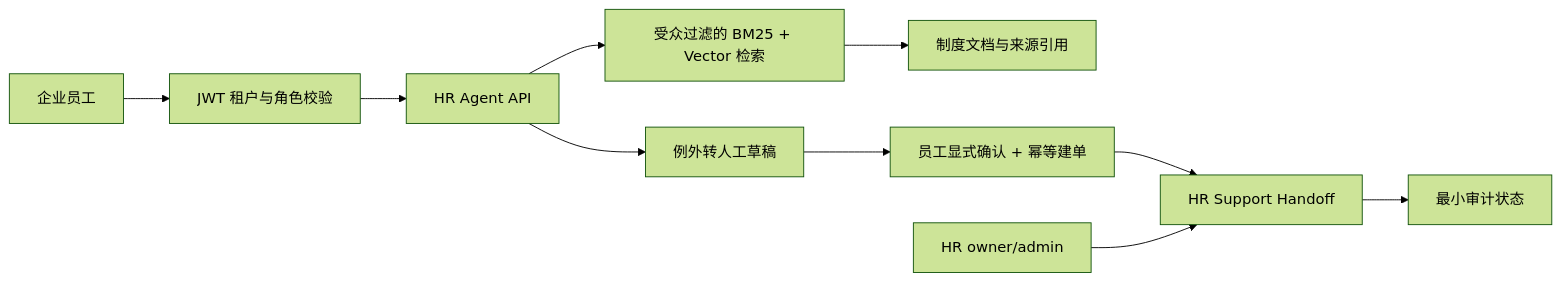
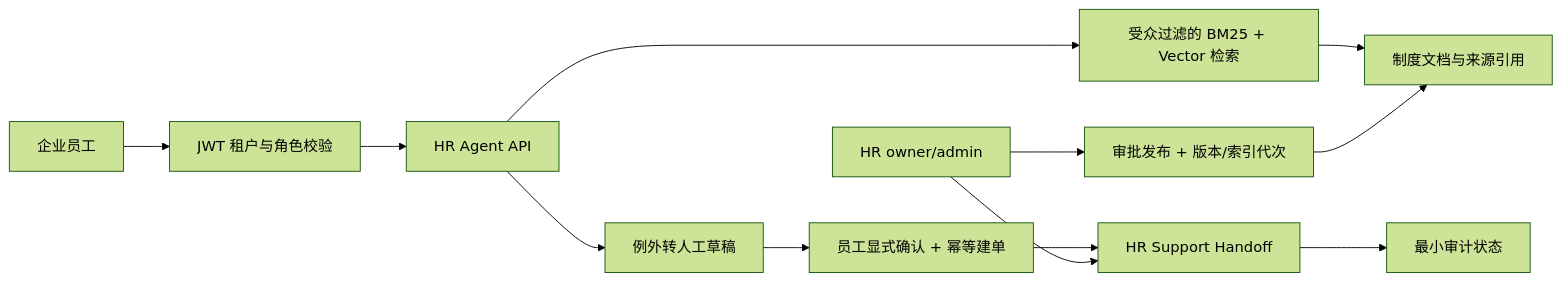
Before and after one commit to daydreamer0213/Smart-CS: the diagram in README.md, drawn with Mermaid (forest theme). The commit also changed other lines of this file and 6 other files, not shown here.

````diff
--- a/README.md
+++ b/README.md
@@ -29,12 +30,14 @@
 ```mermaid
 flowchart LR
     Employee["企业员工"] --> JWT["JWT 租户与角色校验"]
     JWT --> Assistant["HR Agent API"]
     Assistant --> Retrieval["受众过滤的 BM25 + Vector 检索"]
     Retrieval --> Documents["制度文档与来源引用"]
+    HRAdmin["HR owner/admin"] --> Governance["审批发布 + 版本/索引代次"]
+    Governance --> Documents
     Assistant --> Draft["例外转人工草稿"]
     Draft --> Confirm["员工显式确认 + 幂等建单"]
     Confirm --> Handoff["HR Support Handoff"]
-    HRAdmin["HR owner/admin"] --> Handoff
+    HRAdmin --> Handoff
     Handoff --> Audit["最小审计状态"]
 ```
````
